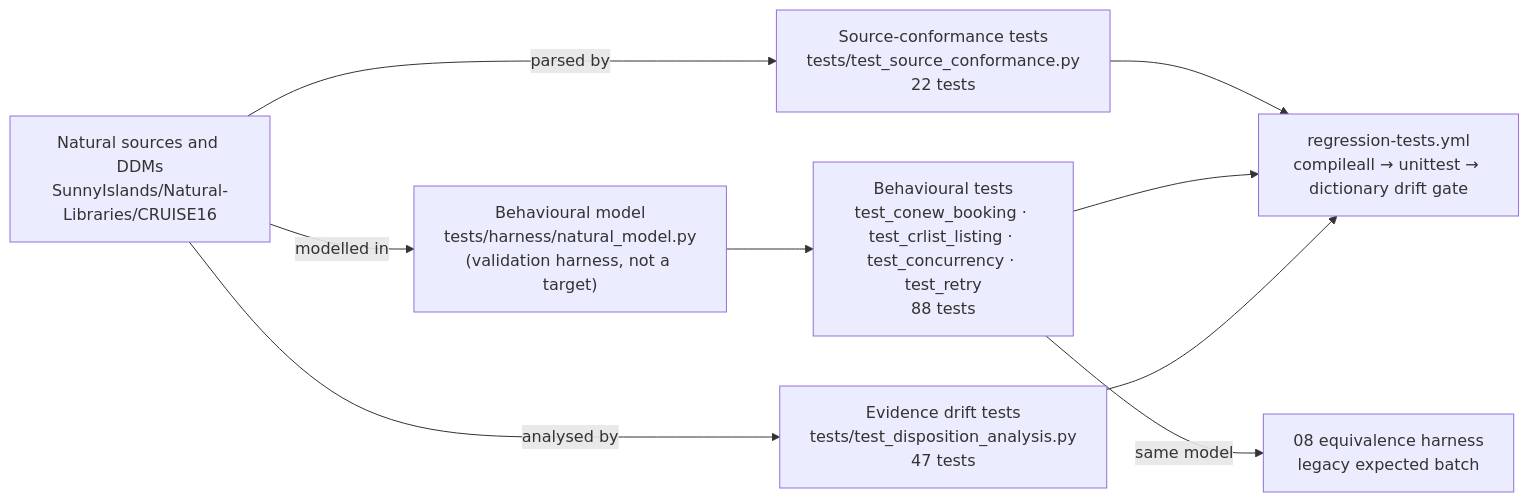
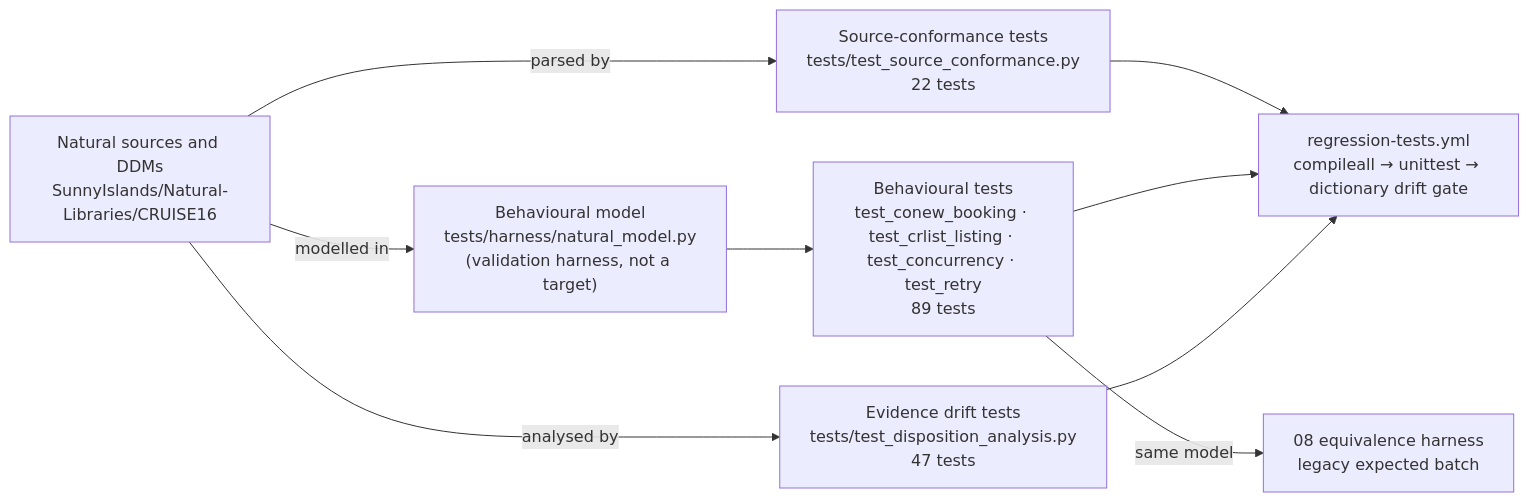
Before and after one commit to COG-GTM/ADABAS-natural-for-ajax-devops-sample-application: the diagram in fpps-hcm-modernization-deliverable/09-unit-test-regression-jcl-runcompare/test-generation-approach.md, drawn with Mermaid. The commit also changed other lines of this file and 6 other files, not shown here.

````diff
--- a/fpps-hcm-modernization-deliverable/09-unit-test-regression-jcl-runcompare/test-generation-approach.md
+++ b/fpps-hcm-modernization-deliverable/09-unit-test-regression-jcl-runcompare/test-generation-approach.md
@@ -35,9 +35,9 @@
 ```mermaid
 flowchart LR
     SRC["Natural sources and DDMs<br/>SunnyIslands/Natural-Libraries/CRUISE16"] -->|"parsed by"| CONF["Source-conformance tests<br/>tests/test_source_conformance.py<br/>22 tests"]
     SRC -->|"modelled in"| MODEL["Behavioural model<br/>tests/harness/natural_model.py<br/>(validation harness, not a target)"]
-    MODEL --> BEH["Behavioural tests<br/>test_conew_booking · test_crlist_listing · test_concurrency · test_retry<br/>88 tests"]
+    MODEL --> BEH["Behavioural tests<br/>test_conew_booking · test_crlist_listing · test_concurrency · test_retry<br/>89 tests"]
     SRC -->|"analysed by"| DISP["Evidence drift tests<br/>tests/test_disposition_analysis.py<br/>47 tests"]
     CONF & BEH & DISP --> CI["regression-tests.yml<br/>compileall → unittest → dictionary drift gate"]
     BEH -->|"same model"| EQ["08 equivalence harness<br/>legacy expected batch"]
 ```
````
